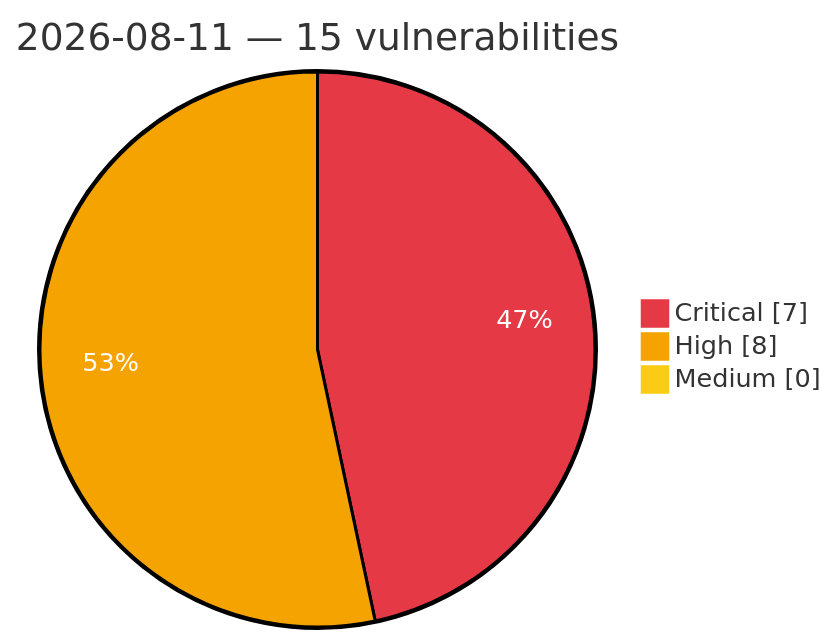
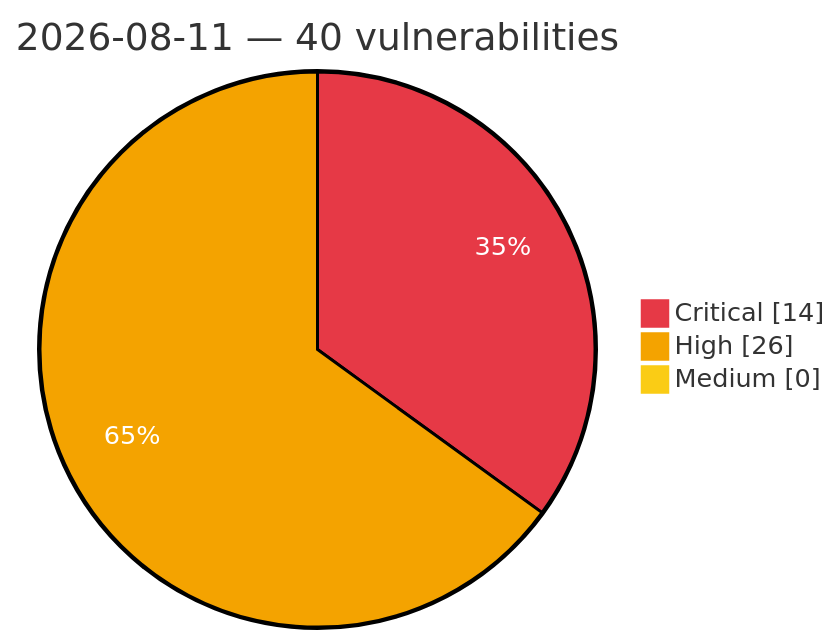
Before and after one commit to GhostX0X/vuln-tracker: the diagram in vulnerabilities/2026/August/2026-08-11.md, drawn with Mermaid. The commit also changed other lines of this file and 5 other files, not shown here.

Commit message:
Auto update: critical/high vulns (2026-08-11 13:59 UTC)

````diff
--- a/vulnerabilities/2026/August/2026-08-11.md
+++ b/vulnerabilities/2026/August/2026-08-11.md
@@ -3,8 +3,8 @@
 ```mermaid
 %%{init: {'theme':'base', 'themeVariables': {'pie1':'#e63946', 'pie2':'#f4a300', 'pie3':'#facc15', 'pieOpacity':'1', 'pieOuterStrokeWidth':'2px', 'pieSectionTextColor':'#ffffff'}}}%%
 pie showData
-    title 2026-08-11 — 15 vulnerabilities
-    "Critical" : 7
-    "High" : 8
+    title 2026-08-11 — 40 vulnerabilities
+    "Critical" : 14
+    "High" : 26
     "Medium" : 0
 ```
````
